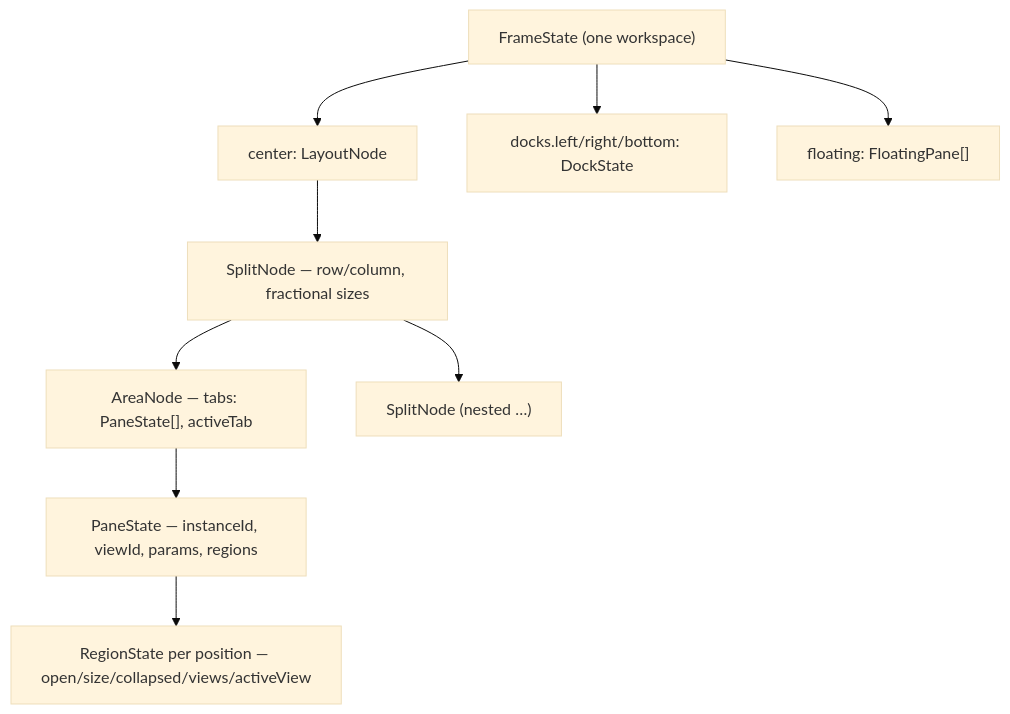
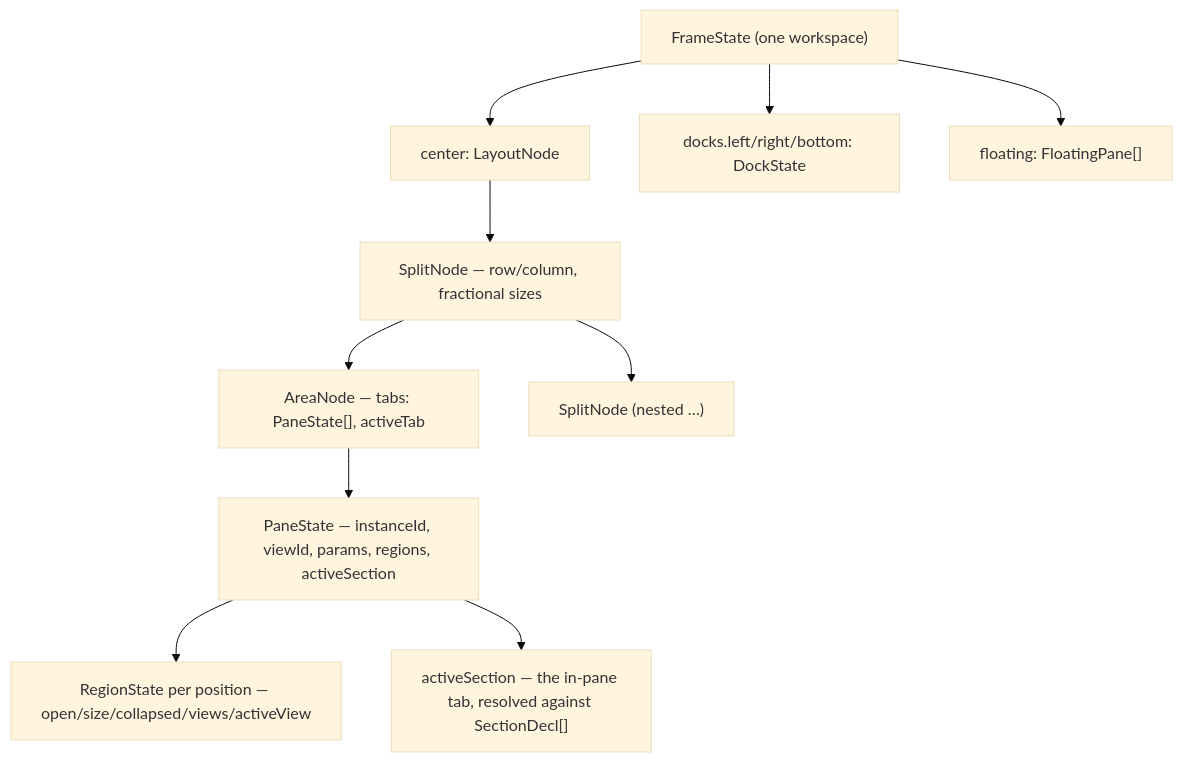
One commit to ConstCorrectness/horrible-dashboard changed the diagram in docs/architecture/windowing.mdx. Above: the diagram before and after it, drawn with Mermaid (base theme). The commit also changed other lines of this file and 129 other files, not shown here.

````diff
--- a/docs/architecture/windowing.mdx
+++ b/docs/architecture/windowing.mdx
@@ -92,11 +96,12 @@
 ```mermaid
 flowchart TD
     F["FrameState (one workspace)"] --> C["center: LayoutNode"]
     F --> DL["docks.left/right/bottom: DockState"]
     F --> FL["floating: FloatingPane[]"]
     C --> S["SplitNode — row/column, fractional sizes"]
     S --> A["AreaNode — tabs: PaneState[], activeTab"]
     S --> S2["SplitNode (nested …)"]
-    A --> P["PaneState — instanceId, viewId, params, regions"]
+    A --> P["PaneState — instanceId, viewId, params, regions, activeSection"]
     P --> R["RegionState per position — open/size/collapsed/views/activeView"]
+    P --> SEC["activeSection — the in-pane tab, resolved against SectionDecl[]"]
 ```
````
